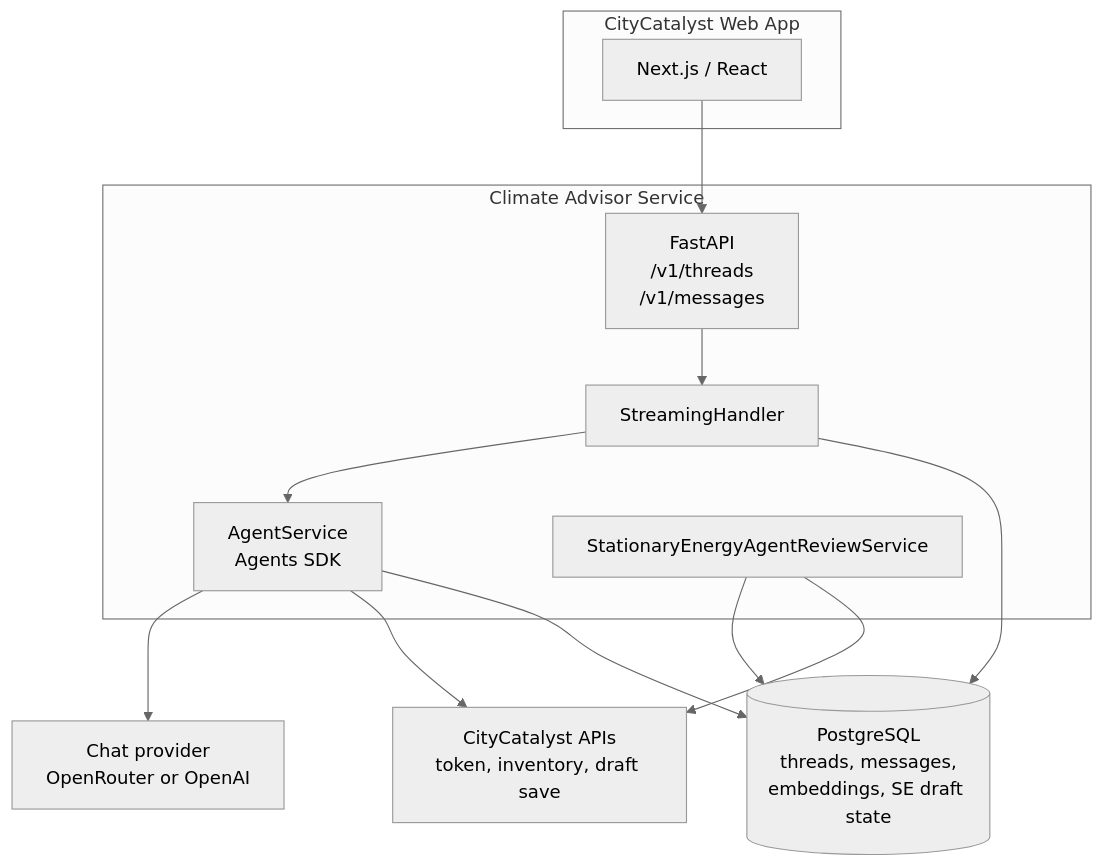
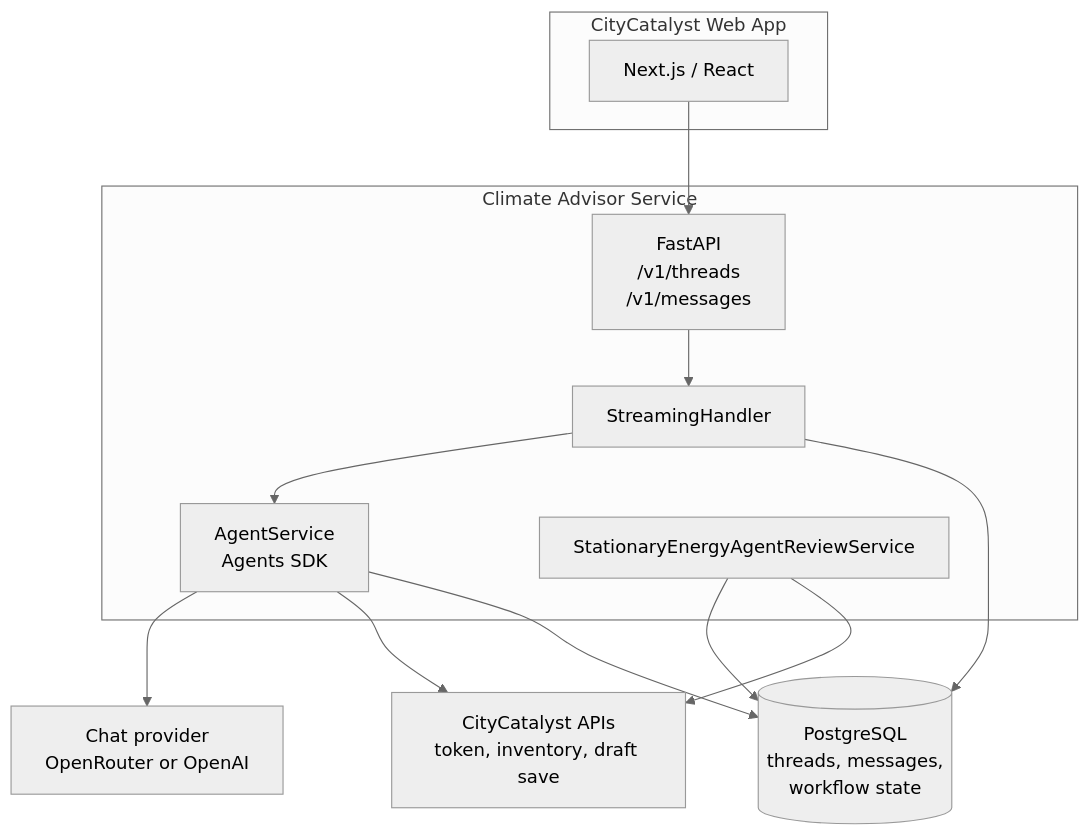
One commit to Open-Earth-Foundation/CityCatalyst changed the first of 4 diagrams in climate-advisor/docs/architecture.md. Above: the diagram before and after it, drawn with Mermaid (neutral theme). The commit also changed other lines of this file and 39 other files, not shown here.

````diff
--- a/climate-advisor/docs/architecture.md
+++ b/climate-advisor/docs/architecture.md
@@ -21,27 +21,27 @@
 ```mermaid
 flowchart TB
     subgraph Client["CityCatalyst Web App"]
         UI["Next.js / React"]
     end
 
     subgraph Service["Climate Advisor Service"]
         API["FastAPI<br/>/v1/threads<br/>/v1/messages"]
         Stream["StreamingHandler"]
         Agent["AgentService<br/>Agents SDK"]
         Review["StationaryEnergyAgentReviewService"]
     end
 
-    DB[("PostgreSQL<br/>threads, messages,<br/>embeddings, SE draft state")]
+    DB[("PostgreSQL<br/>threads, messages,<br/>workflow state")]
     LLM["Chat provider<br/>OpenRouter or OpenAI"]
     CC["CityCatalyst APIs<br/>token, inventory, draft save"]
 
     UI --> API
     API --> Stream
     Stream --> Agent
     Stream --> DB
     Agent --> LLM
     Agent --> CC
     Agent --> DB
     Review --> DB
     Review --> CC
 ```
````
